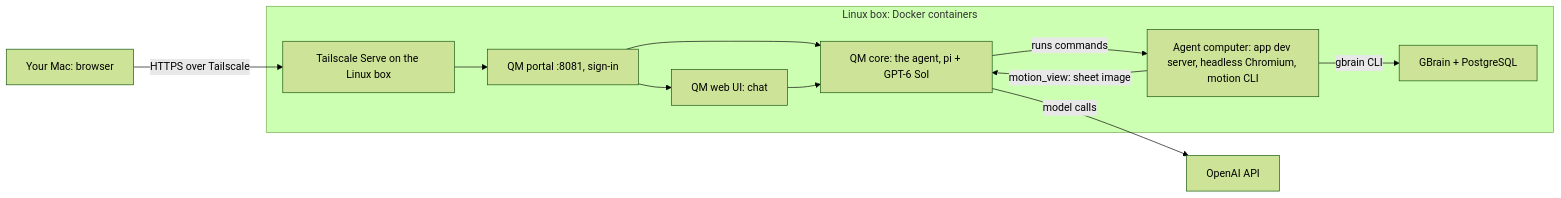
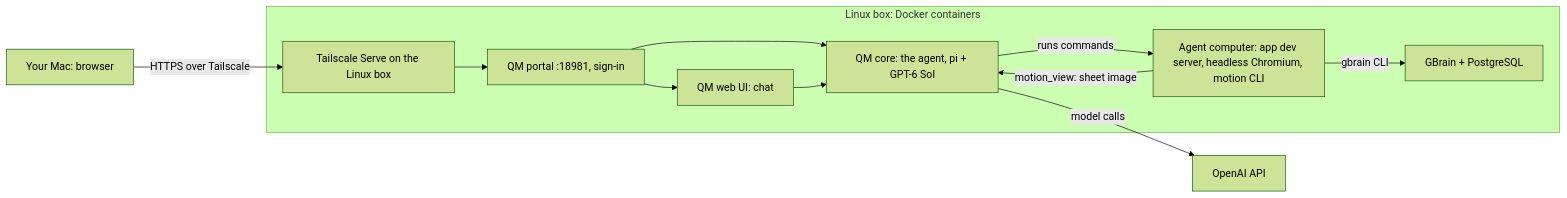
The first of 2 diagrams in docs/architecture.md (charliec2004/qm-motion), drawn with Mermaid (forest theme) before and after one commit. The commit also changed 36 other files, not shown here.

````diff
--- a/docs/architecture.md
+++ b/docs/architecture.md
@@ -10,14 +10,14 @@
 ```mermaid
 flowchart LR
     Mac["Your Mac: browser"] -- "HTTPS over Tailscale" --> TS["Tailscale Serve on the Linux box"]
     subgraph LB["Linux box: Docker containers"]
-      TS --> Portal["QM portal :8081, sign-in"]
+      TS --> Portal["QM portal :18981, sign-in"]
       Portal --> UI["QM web UI: chat"]
       Portal --> Core["QM core: the agent, pi + GPT-6 Sol"]
       UI --> Core
       Core -- "runs commands" --> Computer["Agent computer: app dev server, headless Chromium, motion CLI"]
       Computer -- "motion_view: sheet image" --> Core
       Computer -- "gbrain CLI" --> Brain["GBrain + PostgreSQL"]
     end
     Core -- "model calls" --> OpenAI["OpenAI API"]
 ```
````
